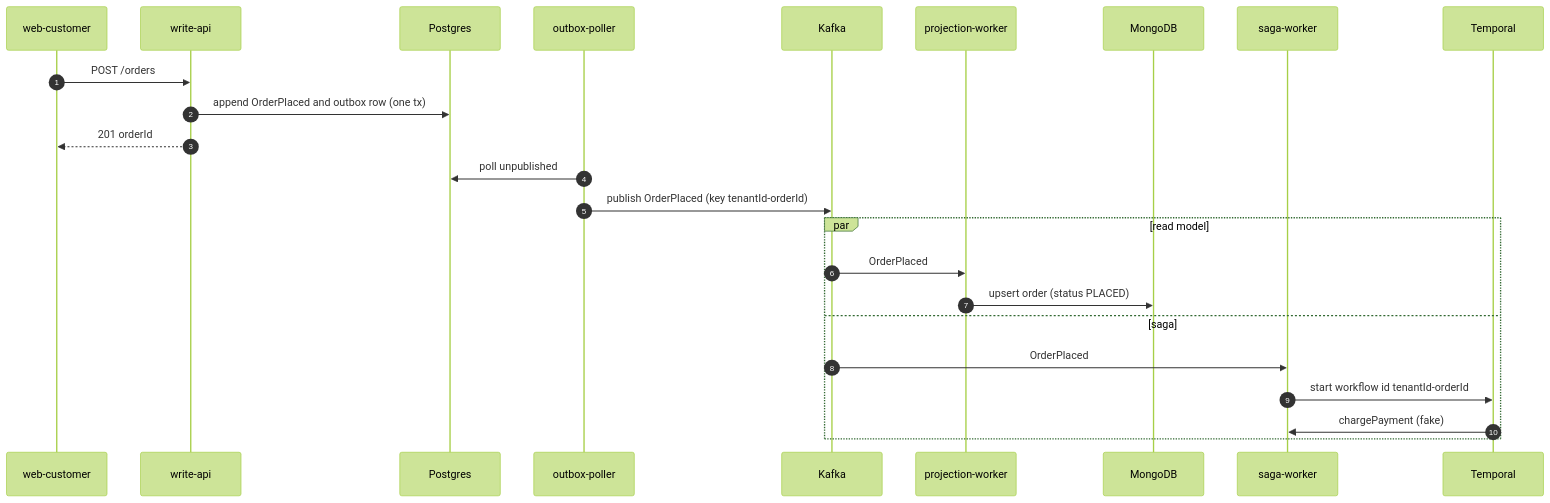
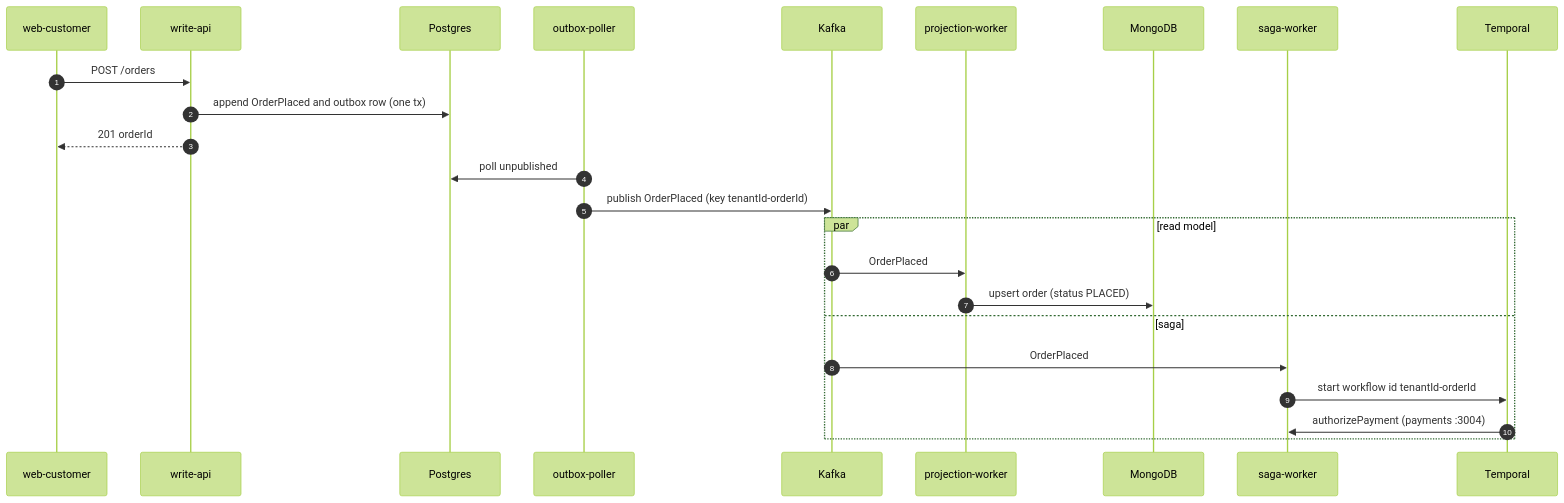
The second of 10 diagrams in docs/ARCHITECTURE.md (khasang12/FlashBite), drawn with Mermaid (forest theme) before and after one commit. The commit also changed other lines of this file and 3 other files, not shown here.

````diff
--- a/docs/ARCHITECTURE.md
+++ b/docs/ARCHITECTURE.md
@@ -127,27 +131,27 @@
 ```mermaid
 sequenceDiagram
   autonumber
   participant Cust as web-customer
   participant W as write-api
   participant PG as Postgres
   participant OB as outbox-poller
   participant KF as Kafka
   participant PJ as projection-worker
   participant MG as MongoDB
   participant SG as saga-worker
   participant TP as Temporal
 
   Cust->>W: POST /orders
   W->>PG: append OrderPlaced and outbox row (one tx)
   W-->>Cust: 201 orderId
   OB->>PG: poll unpublished
   OB->>KF: publish OrderPlaced (key tenantId-orderId)
   par read model
     KF->>PJ: OrderPlaced
     PJ->>MG: upsert order (status PLACED)
   and saga
     KF->>SG: OrderPlaced
     SG->>TP: start workflow id tenantId-orderId
-    TP->>SG: chargePayment (fake)
+    TP->>SG: authorizePayment (payments :3004)
   end
 ```
````
